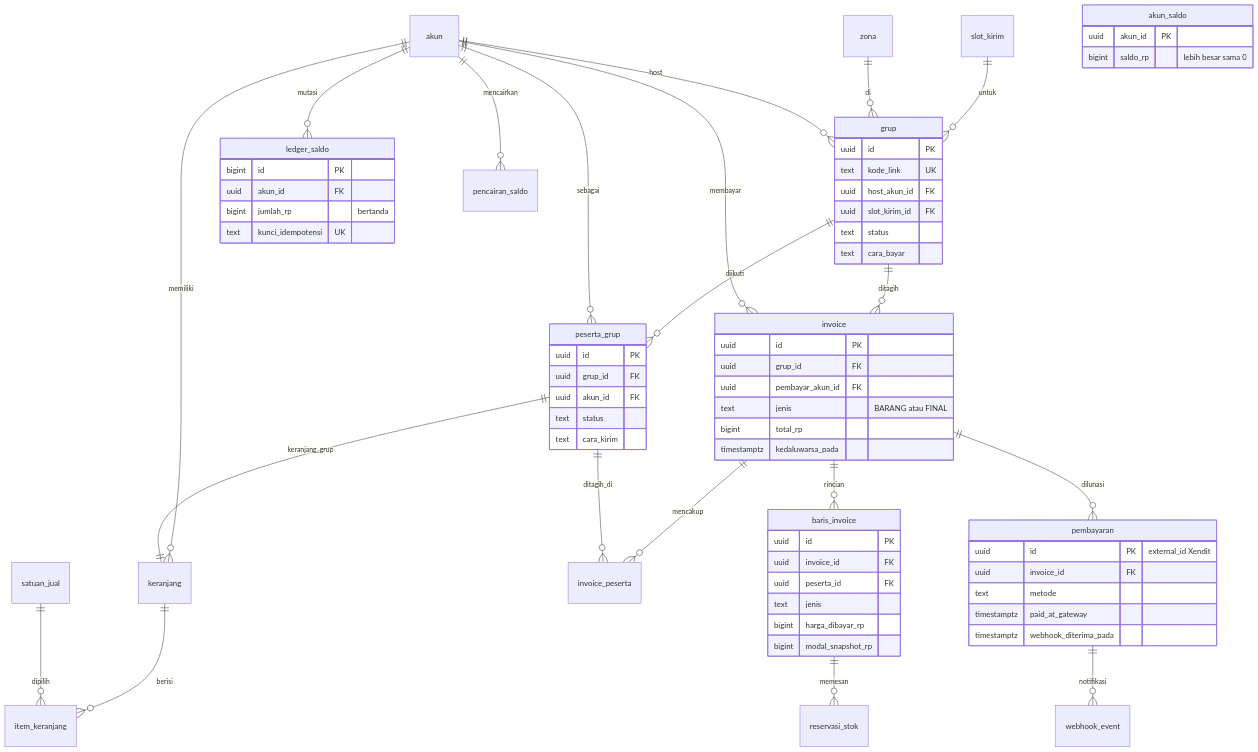
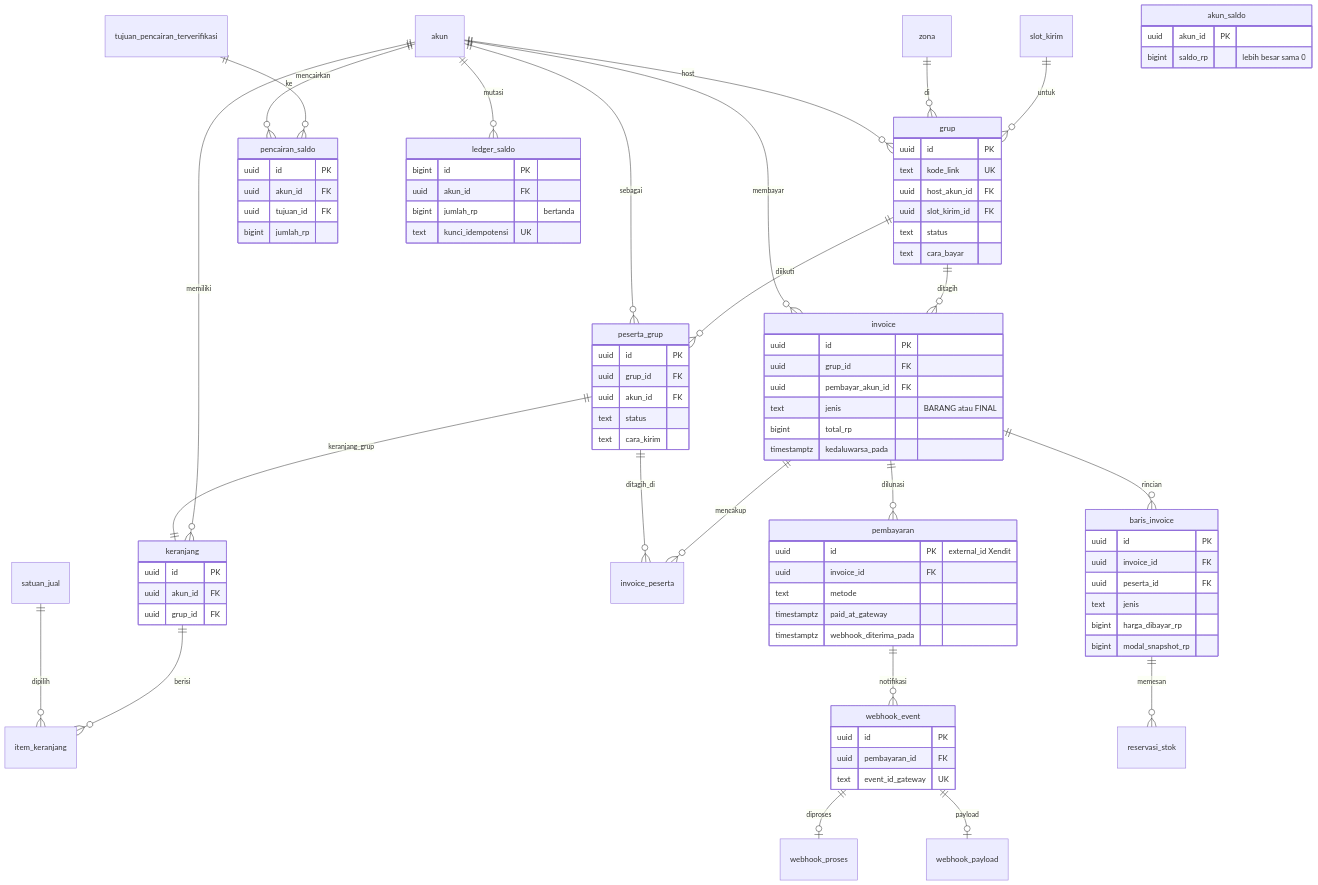
Before and after one commit to nirmalaniskalanalakamoirai-ai/Nekat-App: the third of 4 diagrams in docs/spec/T-004-model-data.md, drawn with Mermaid. The commit also changed other lines of this file, not shown here.

````diff
--- a/docs/spec/T-004-model-data.md
+++ b/docs/spec/T-004-model-data.md
@@ -193,6 +202,9 @@
     invoice ||--o{ baris_invoice : rincian
     invoice ||--o{ pembayaran : dilunasi
     pembayaran ||--o{ webhook_event : notifikasi
+    webhook_event ||--o| webhook_proses : diproses
+    webhook_event ||--o| webhook_payload : payload
+    tujuan_pencairan_terverifikasi ||--o{ pencairan_saldo : ke
     akun ||--o{ ledger_saldo : mutasi
     akun ||--o{ pencairan_saldo : mencairkan
     baris_invoice ||--o{ reservasi_stok : memesan
@@ -235,6 +247,17 @@
         timestamptz paid_at_gateway
         timestamptz webhook_diterima_pada
     }
+    webhook_event {
+        uuid id PK
+        uuid pembayaran_id FK
+        text event_id_gateway UK
+    }
+    pencairan_saldo {
+        uuid id PK
+        uuid akun_id FK
+        uuid tujuan_id FK
+        bigint jumlah_rp
+    }
     ledger_saldo {
         bigint id PK
         uuid akun_id FK
@@ -245,4 +268,9 @@
         uuid akun_id PK
         bigint saldo_rp "lebih besar sama 0"
     }
+    keranjang {
+        uuid id PK
+        uuid akun_id FK
+        uuid grup_id FK
+    }
 ```
````
